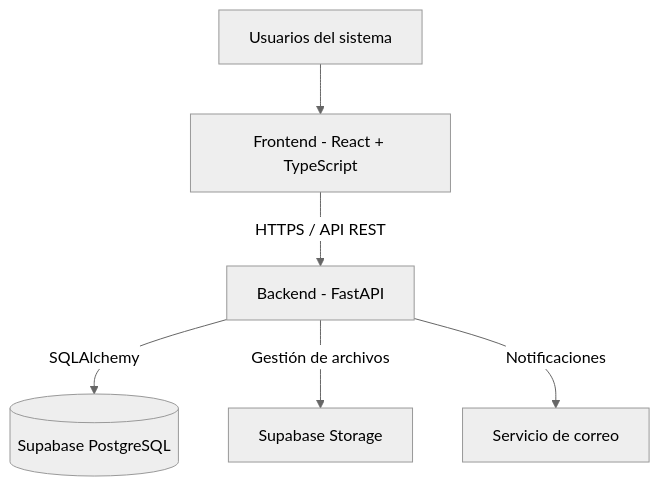
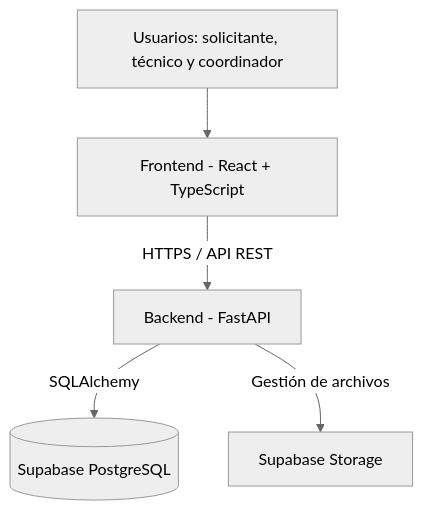
Before and after one commit to santifc37/SoporteTI: the first of 2 diagrams in docs/diseno.md, drawn with Mermaid (neutral theme). The commit also changed other lines of this file and 1 other file, not shown here.

Commit message:
docs: actualizar diseño técnico y arquitectura del sistema

````diff
--- a/docs/diseno.md
+++ b/docs/diseno.md
@@ -43,15 +46,13 @@
 ```mermaid
 flowchart TD
-    U["Usuarios del sistema"]
+    U["Usuarios: solicitante, técnico y coordinador"]
     F["Frontend - React + TypeScript"]
     A["Backend - FastAPI"]
     D[("Supabase PostgreSQL")]
     S["Supabase Storage"]
-    E["Servicio de correo"]
 
     U --> F
     F -->|"HTTPS / API REST"| A
     A -->|"SQLAlchemy"| D
     A -->|"Gestión de archivos"| S
-    A -->|"Notificaciones"| E
 ```
````
